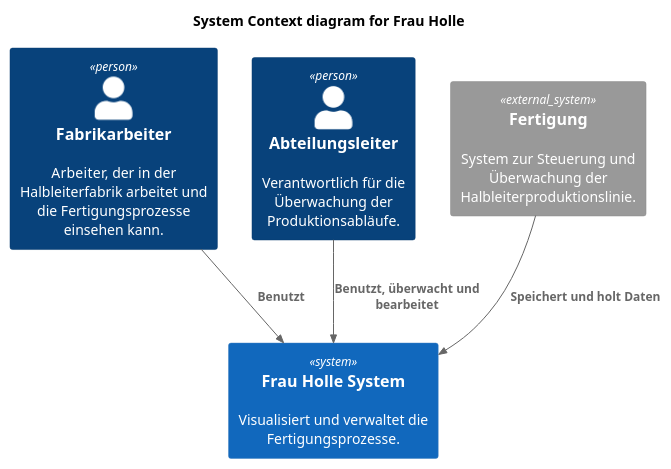
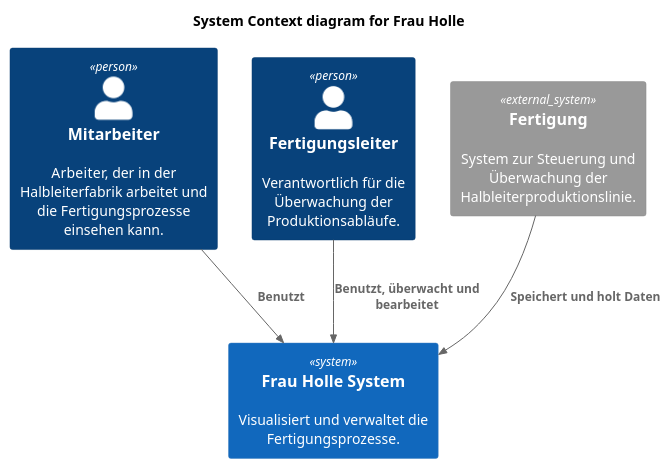
The diagram in docs/architecture/plantuml/Frau_Holle_System_Context_C4.puml (RichardSchultz-gh/semiconductor-logistics-automation), drawn with PlantUML before and after one commit. The commit also changed 5 other files, not shown here.

Commit message:
ändern von "Abteilungsleiter" auf "Fertigungsleiter"

```diff
--- a/docs/architecture/plantuml/Frau_Holle_System_Context_C4.puml
+++ b/docs/architecture/plantuml/Frau_Holle_System_Context_C4.puml
@@ -1,20 +1,20 @@
 @startuml Frau_Holle_System_Context_C4
 
 ' C4 Model
 !include https://raw.githubusercontent.com/plantuml-stdlib/C4-PlantUML/master/C4_Context.puml
 
 LAYOUT_TOP_DOWN()
 
 title System Context diagram for Frau Holle
 
-Person(worker, "Fabrikarbeiter", "Arbeiter, der in der Halbleiterfabrik arbeitet und die Fertigungsprozesse einsehen kann.")
-Person(manager, "Abteilungsleiter", "Verantwortlich für die Überwachung der Produktionsabläufe.")
+Person(worker, "Mitarbeiter", "Arbeiter, der in der Halbleiterfabrik arbeitet und die Fertigungsprozesse einsehen kann.")
+Person(manager, "Fertigungsleiter", "Verantwortlich für die Überwachung der Produktionsabläufe.")
 System(frauHolle, "Frau Holle System", "Visualisiert und verwaltet die Fertigungsprozesse.")
 
 System_Ext(manufacturing, "Fertigung", "System zur Steuerung und Überwachung der Halbleiterproduktionslinie.")
 
 Rel(worker, frauHolle, "Benutzt")
 Rel(manager, frauHolle, "Benutzt, überwacht und bearbeitet")
 Rel(manufacturing, frauHolle, "Speichert und holt Daten")
 
 @enduml
```
